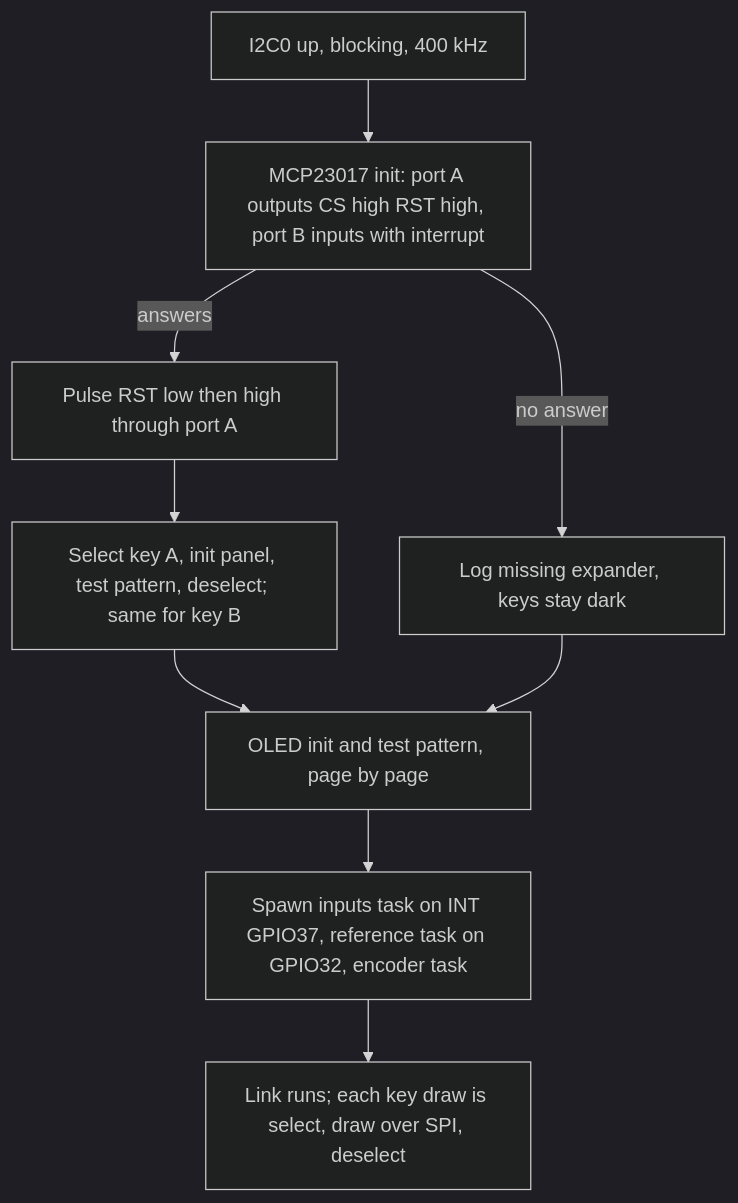
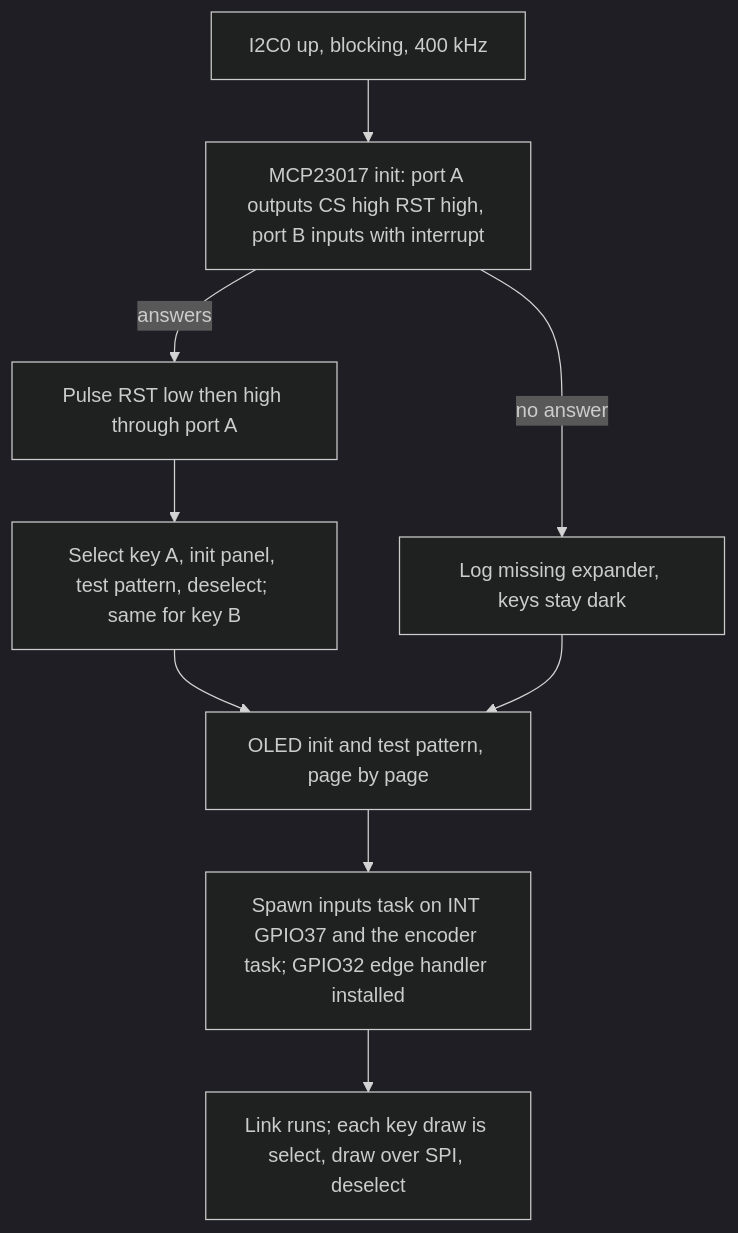
The diagram in docs/plans/2026-11-21-1733-feat-mcp23017-key-inputs-bench-plan.md (thiemok/opendeck-studio), drawn with Mermaid (dark theme) before and after one commit. The commit also changed other lines of this file, not shown here.

````diff
--- a/docs/plans/2026-11-21-1733-feat-mcp23017-key-inputs-bench-plan.md
+++ b/docs/plans/2026-11-21-1733-feat-mcp23017-key-inputs-bench-plan.md
@@ -121,11 +121,11 @@
 ```mermaid
 flowchart TB
   A[I2C0 up, blocking, 400 kHz] --> B[MCP23017 init: port A outputs CS high RST high, port B inputs with interrupt]
   B -->|answers| C[Pulse RST low then high through port A]
   B -->|no answer| X[Log missing expander, keys stay dark]
   C --> D[Select key A, init panel, test pattern, deselect; same for key B]
   D --> E[OLED init and test pattern, page by page]
   X --> E
-  E --> F[Spawn inputs task on INT GPIO37, reference task on GPIO32, encoder task]
+  E --> F[Spawn inputs task on INT GPIO37 and the encoder task; GPIO32 edge handler installed]
   F --> G[Link runs; each key draw is select, draw over SPI, deselect]
 ```
````
